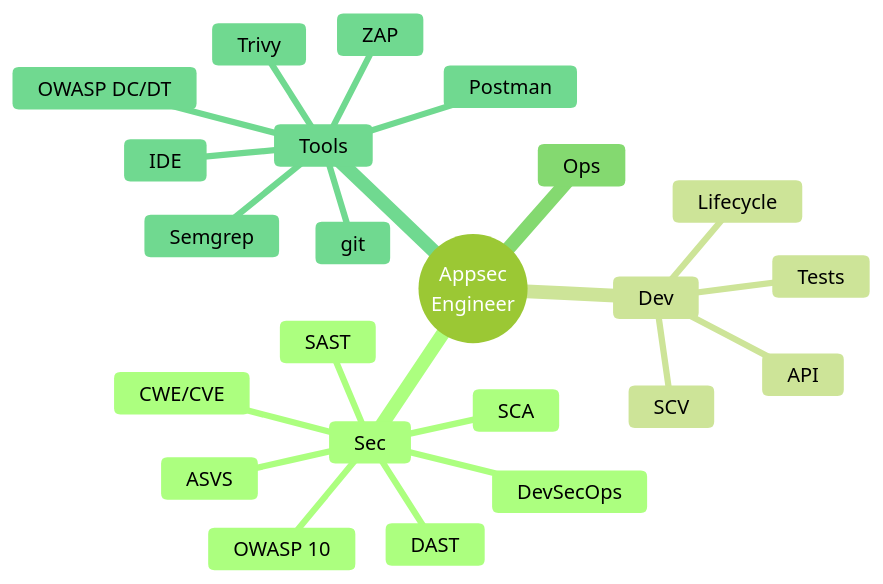
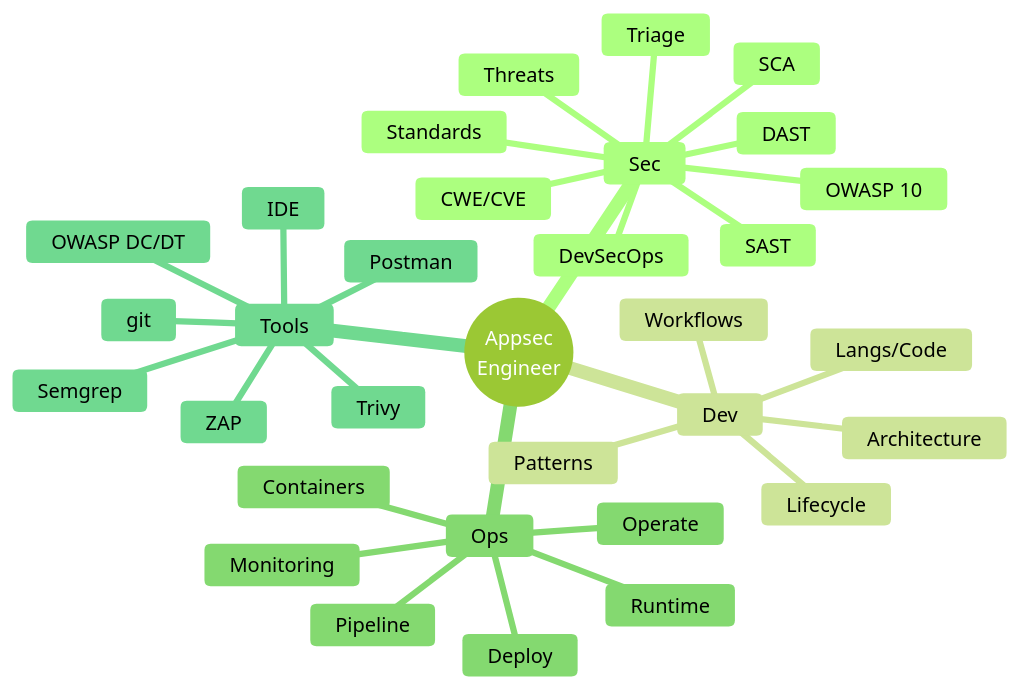
One commit to kremlsa/StudyPlanAppSec changed the diagram in README.md. Above: the diagram before and after it, drawn with Mermaid. The commit also changed other lines of this file, not shown here.

````diff
--- a/README.md
+++ b/README.md
@@ -2,27 +2,36 @@
 ```mermaid
 %%{init: {'theme':'forest'}}%%
 mindmap
   root((Appsec<br/>Engineer))
     Sec
       OWASP 10
       CWE/CVE
       SCA
       SAST
       DAST
-      ASVS
       DevSecOps
+      Triage
+      Threats
+      Standards 
     Dev
+      Langs/Code
       Lifecycle
-      SCV
-      API
-      Tests
+      Architecture
+      Patterns
+      Workflows
     Ops
+      Pipeline
+      Containers
+      Runtime
+      Deploy
+      Operate
+      Monitoring
     Tools
       IDE
       git
       Postman
       ZAP
       Semgrep
       Trivy
       OWASP DC/DT
 ```
````
